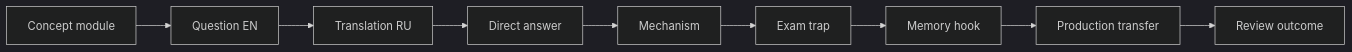
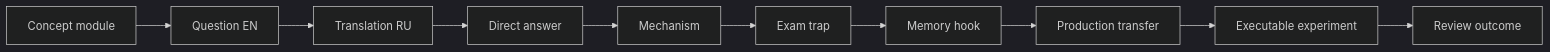
The diagram in 01_MAPS/Spring Map.md (alimbetov/obsidian), drawn with Mermaid (dark theme) before and after one commit. The commit also changed other lines of this file, not shown here.

````diff
--- a/01_MAPS/Spring Map.md
+++ b/01_MAPS/Spring Map.md
@@ -20,11 +21,12 @@
 ```mermaid
 flowchart LR
     A[Concept module] --> B[Question EN]
     B --> C[Translation RU]
     C --> D[Direct answer]
     D --> E[Mechanism]
     E --> F[Exam trap]
     F --> G[Memory hook]
     G --> H[Production transfer]
-    H --> I[Review outcome]
+    H --> I[Executable experiment]
+    I --> J[Review outcome]
 ```
````
